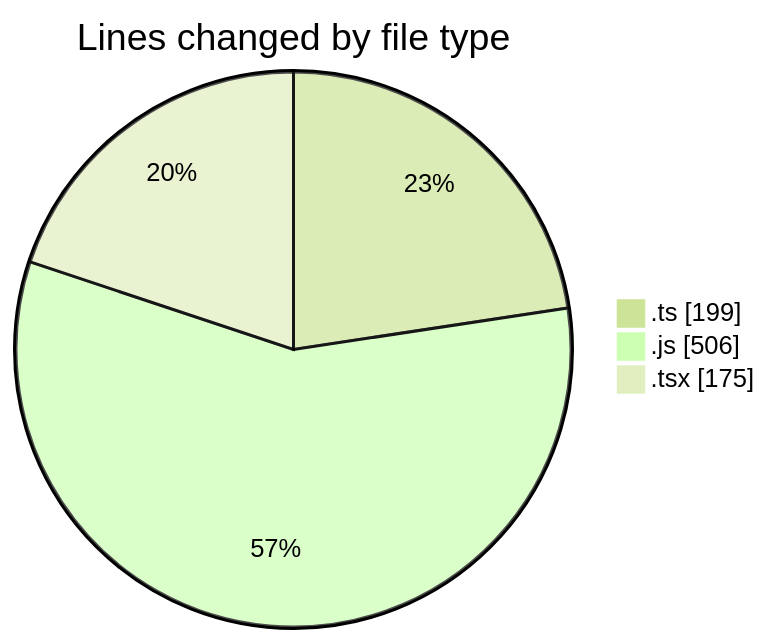
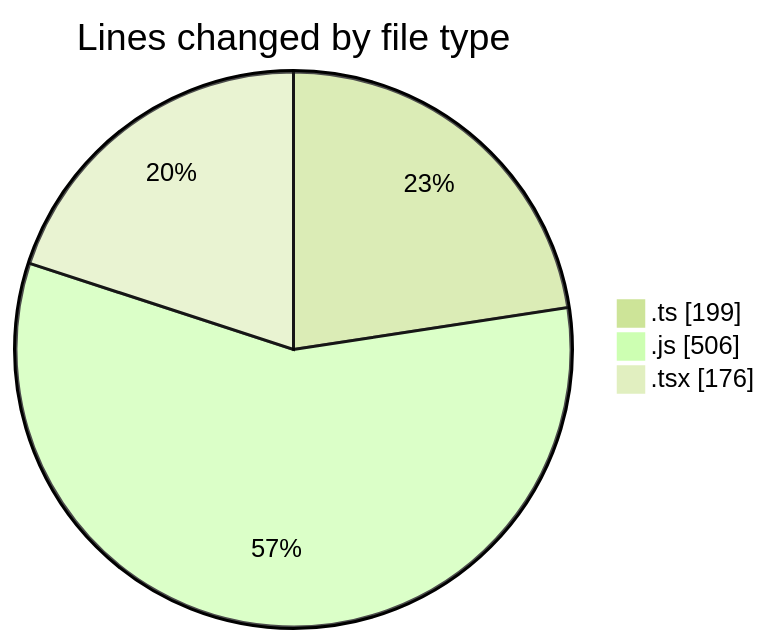
The first of 2 diagrams in 2025-03-12/cda/README.md (momahboobian/code-tracking), drawn with Mermaid (forest theme) before and after one commit. The commit also changed other lines of this file and 1 other file, not shown here.

````diff
--- a/2025-03-12/cda/README.md
+++ b/2025-03-12/cda/README.md
@@ -29,7 +29,7 @@
 ```mermaid
 pie showData
 title Lines changed by file type
 ".ts" : 199
 ".js" : 506
-".tsx" : 175
+".tsx" : 176
 ```
````
